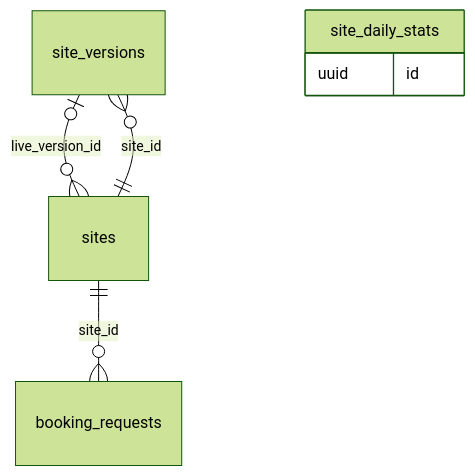
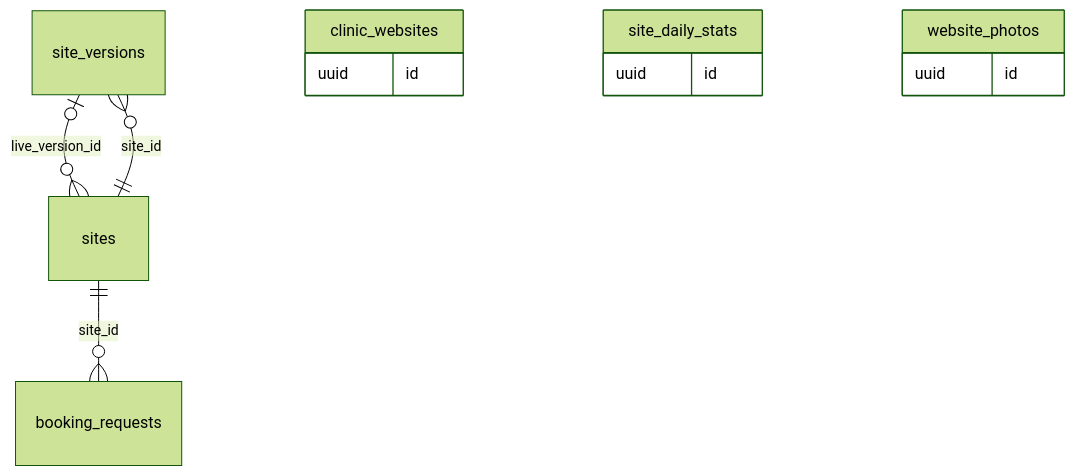
Before and after one commit to sakalyatechnologies/aarogyam: diagram 11 of 13 in docs/database.md, drawn with Mermaid (forest theme). The commit also changed other lines of this file and 35 other files, not shown here.

````diff
--- a/docs/database.md
+++ b/docs/database.md
@@ -2224,9 +2224,15 @@
 ```mermaid
 erDiagram
   site_versions |o--o{ sites : "live_version_id"
   sites ||--o{ site_versions : "site_id"
   sites ||--o{ booking_requests : "site_id"
+  clinic_websites {
+    uuid id
+  }
   site_daily_stats {
     uuid id
   }
+  website_photos {
+    uuid id
+  }
 ```
````
